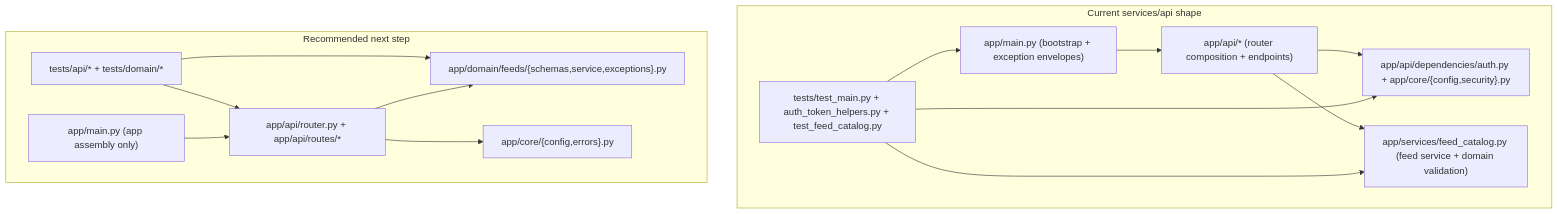
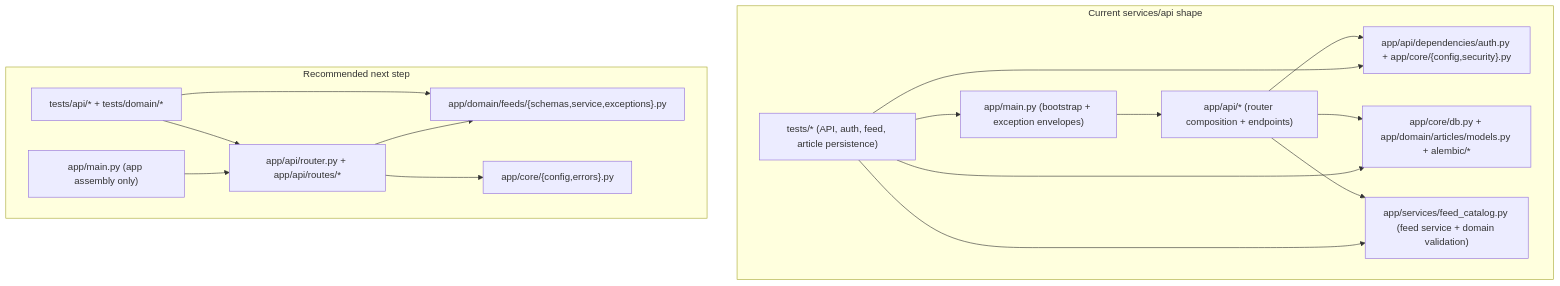
The diagram in docs/architecture.md (dpwns523/MoaDev), drawn with Mermaid before and after one commit. The commit also changed other lines of this file and 13 other files, not shown here.

Commit message:
data: add article persistence baseline

````diff
--- a/docs/architecture.md
+++ b/docs/architecture.md
@@ -195,29 +231,32 @@
 ```mermaid
 flowchart TD
     subgraph Current["Current services/api shape"]
         main["app/main.py (bootstrap + exception envelopes)"]
         router["app/api/* (router composition + endpoints)"]
         auth["app/api/dependencies/auth.py + app/core/{config,security}.py"]
+        persistence["app/core/db.py + app/domain/articles/models.py + alembic/*"]
         service["app/services/feed_catalog.py (feed service + domain validation)"]
-        tests["tests/test_main.py + auth_token_helpers.py + test_feed_catalog.py"]
+        tests["tests/* (API, auth, feed, article persistence)"]
         main --> router
         router --> auth
+        router --> persistence
         router --> service
         tests --> main
         tests --> auth
+        tests --> persistence
         tests --> service
     end
 
     subgraph Target["Recommended next step"]
         entry["app/main.py (app assembly only)"]
         api["app/api/router.py + app/api/routes/*"]
         domain["app/domain/feeds/{schemas,service,exceptions}.py"]
         core["app/core/{config,errors}.py"]
         testsplit["tests/api/* + tests/domain/*"]
         entry --> api
         api --> domain
         api --> core
         testsplit --> api
         testsplit --> domain
     end
 ```
````
